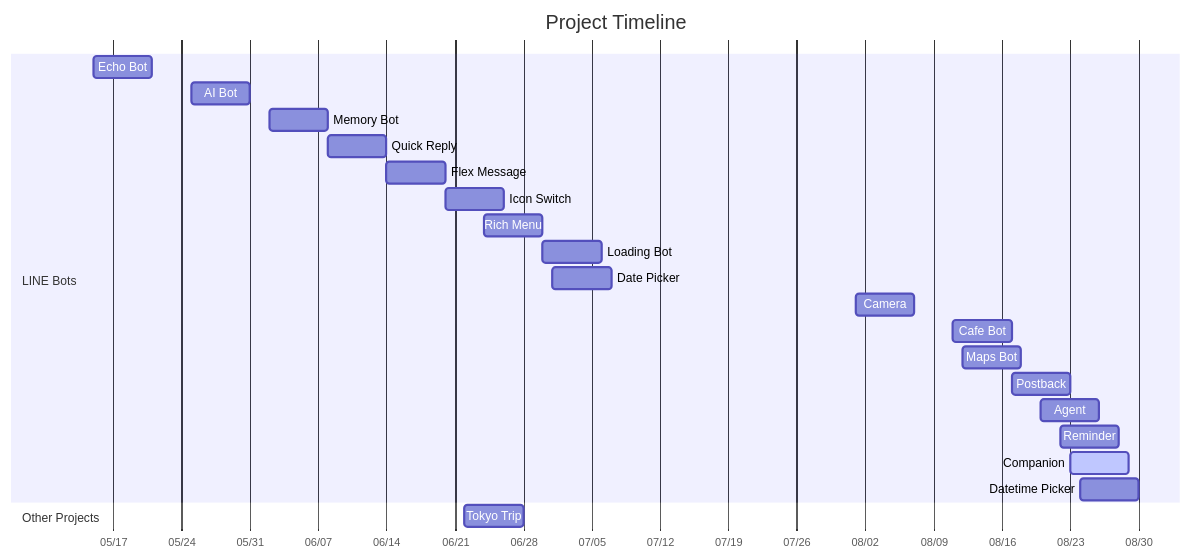
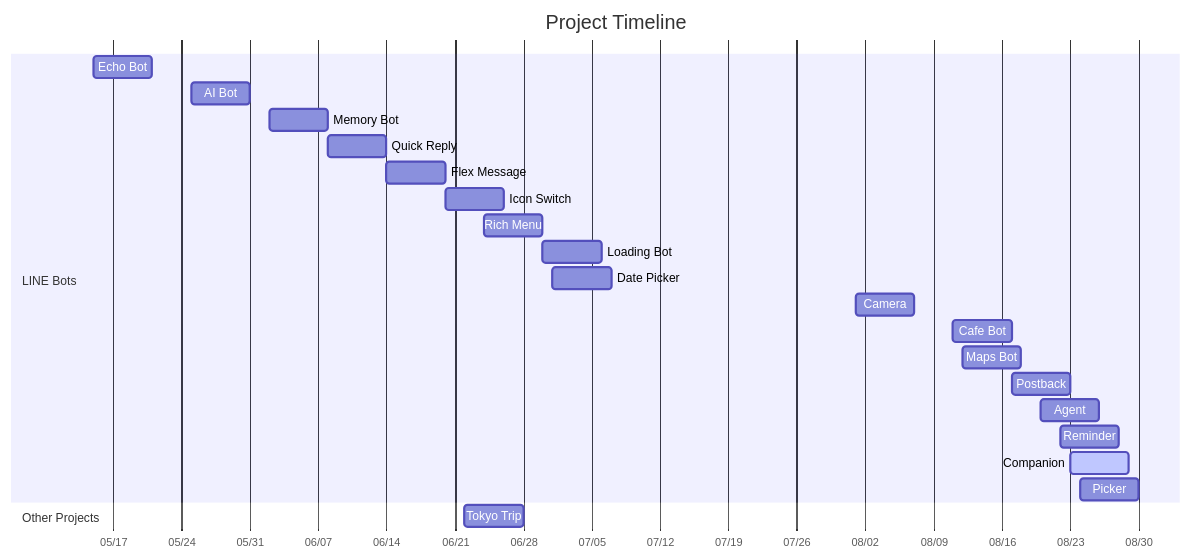
One commit to zonawang/zona-ai-learning-lab changed the diagram in README.md. Above: the diagram before and after it, drawn with Mermaid.

Commit message:
docs: shorten timeline label

````diff
--- a/README.md
+++ b/README.md
@@ -11,28 +11,28 @@
 ```mermaid
 gantt
     title Project Timeline
     dateFormat YYYY-MM-DD
     axisFormat %m/%d
 
     section LINE Bots
     Echo Bot      :p1, 2026-05-15, 6d
     AI Bot        :p2, 2026-05-25, 6d
     Memory Bot    :p3, 2026-06-02, 6d
     Quick Reply   :p4, 2026-06-08, 6d
     Flex Message  :p5, 2026-06-14, 6d
     Icon Switch   :p6, 2026-06-20, 6d
     Rich Menu     :p8, 2026-06-24, 6d
     Loading Bot   :p9, 2026-06-30, 6d
     Date Picker   :p10, 2026-07-01, 6d
     Camera        :p11, 2026-08-01, 6d
     Cafe Bot      :p12, 2026-08-11, 6d
     Maps Bot      :p13, 2026-08-12, 6d
     Postback      :p14, 2026-08-17, 6d
     Agent         :p15, 2026-08-20, 6d
     Reminder      :p16, 2026-08-22, 6d
     Companion     :active, p17, 2026-08-23, 6d
-    Datetime Picker :p18, 2026-08-24, 6d
+    Picker        :p18, 2026-08-24, 6d
 
     section Other Projects
     Tokyo Trip    :p7, 2026-06-22, 6d
 ```
````
